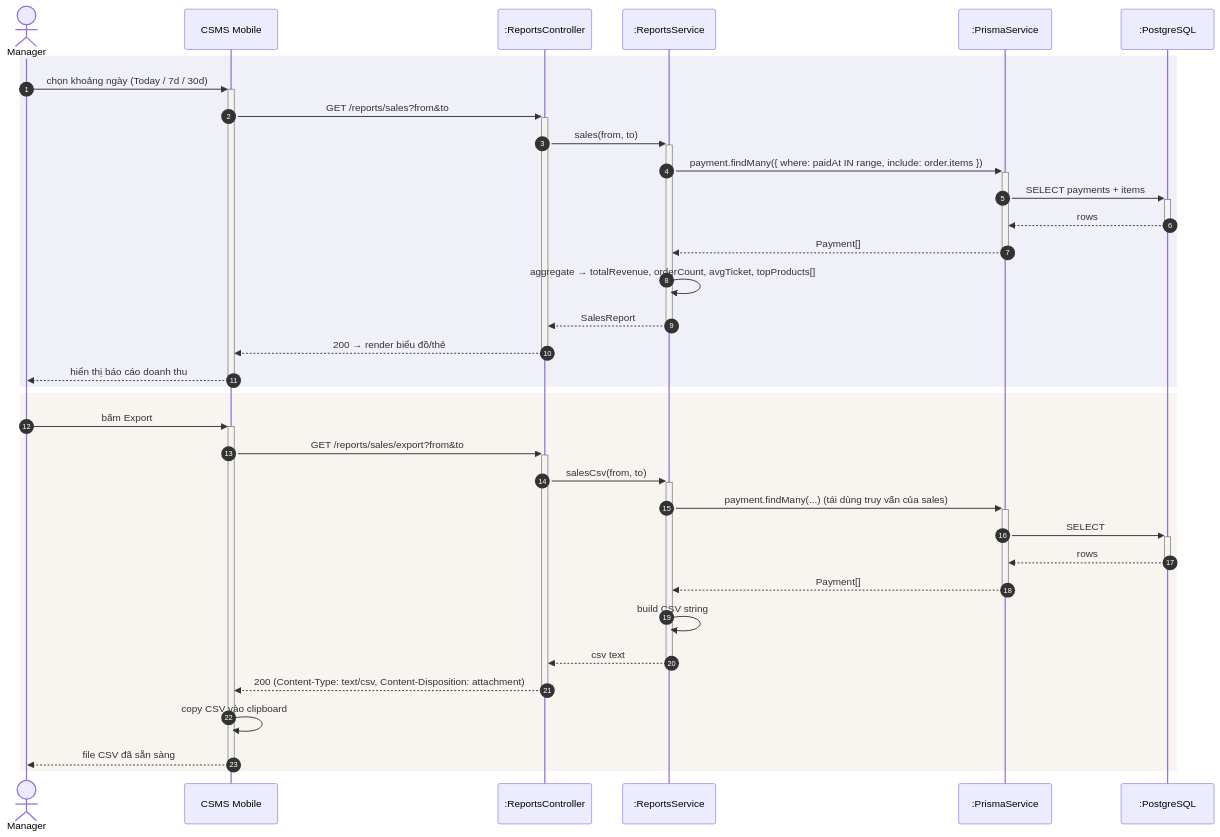
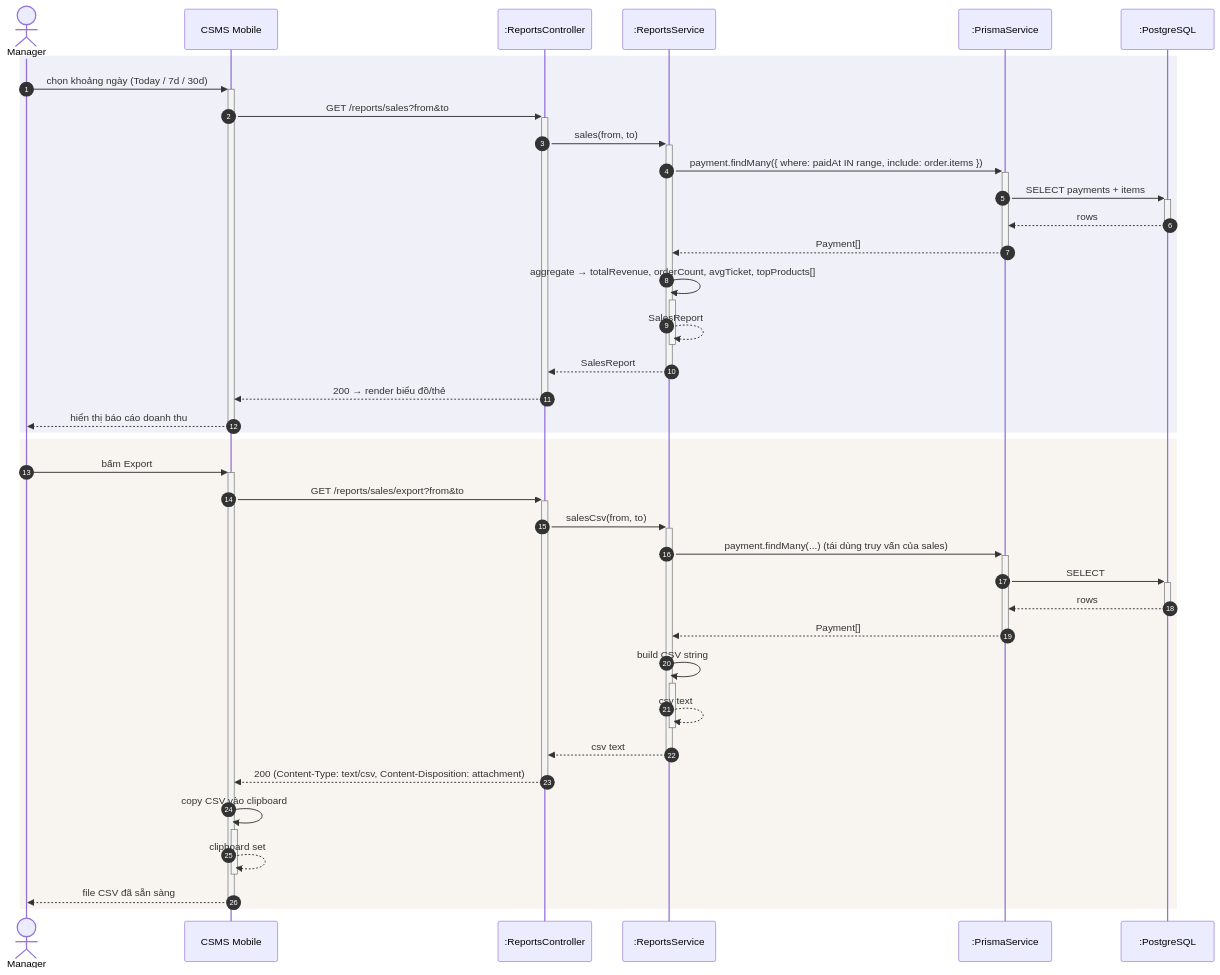
Diagram 17 of 17 in docs/sequence-diagrams.md (callmehai/Cafe-Shop-Management-System), drawn with Mermaid before and after one commit. The commit also changed other lines of this file and 2 other files, not shown here.

Commit message:
docs: add class diagrams, sequence diagrams, and system requirement specification for CSMS

````diff
--- a/docs/sequence-diagrams.md
+++ b/docs/sequence-diagrams.md
@@ -886,39 +903,42 @@
 ```mermaid
 sequenceDiagram
     autonumber
     actor M as Manager
     participant App as CSMS Mobile
     participant API as :ReportsController
     participant SVC as :ReportsService
     participant ORM as :PrismaService
     participant DB as :PostgreSQL
 
     rect rgb(240,240,248)
         M->>+App: chọn khoảng ngày (Today / 7d / 30d)
         App->>+API: GET /reports/sales?from&to
         API->>+SVC: sales(from, to)
         SVC->>+ORM: payment.findMany({ where: paidAt IN range, include: order.items })
         ORM->>+DB: SELECT payments + items
         DB-->>-ORM: rows
         ORM-->>-SVC: Payment[]
-        SVC->>SVC: aggregate → totalRevenue, orderCount, avgTicket, topProducts[]
+        SVC->>+SVC: aggregate → totalRevenue, orderCount, avgTicket, topProducts[]
+        SVC-->>-SVC: SalesReport
         SVC-->>-API: SalesReport
         API-->>-App: 200 → render biểu đồ/thẻ
         App-->>-M: hiển thị báo cáo doanh thu
     end
 
     rect rgb(248,244,240)
         M->>+App: bấm Export
         App->>+API: GET /reports/sales/export?from&to
         API->>+SVC: salesCsv(from, to)
         SVC->>+ORM: payment.findMany(...) (tái dùng truy vấn của sales)
         ORM->>+DB: SELECT
         DB-->>-ORM: rows
         ORM-->>-SVC: Payment[]
-        SVC->>SVC: build CSV string
+        SVC->>+SVC: build CSV string
+        SVC-->>-SVC: csv text
         SVC-->>-API: csv text
         API-->>-App: 200 (Content-Type: text/csv, Content-Disposition: attachment)
-        App->>App: copy CSV vào clipboard
+        App->>+App: copy CSV vào clipboard
+        App-->>-App: clipboard set
         App-->>-M: file CSV đã sẵn sàng
     end
 ```
````
